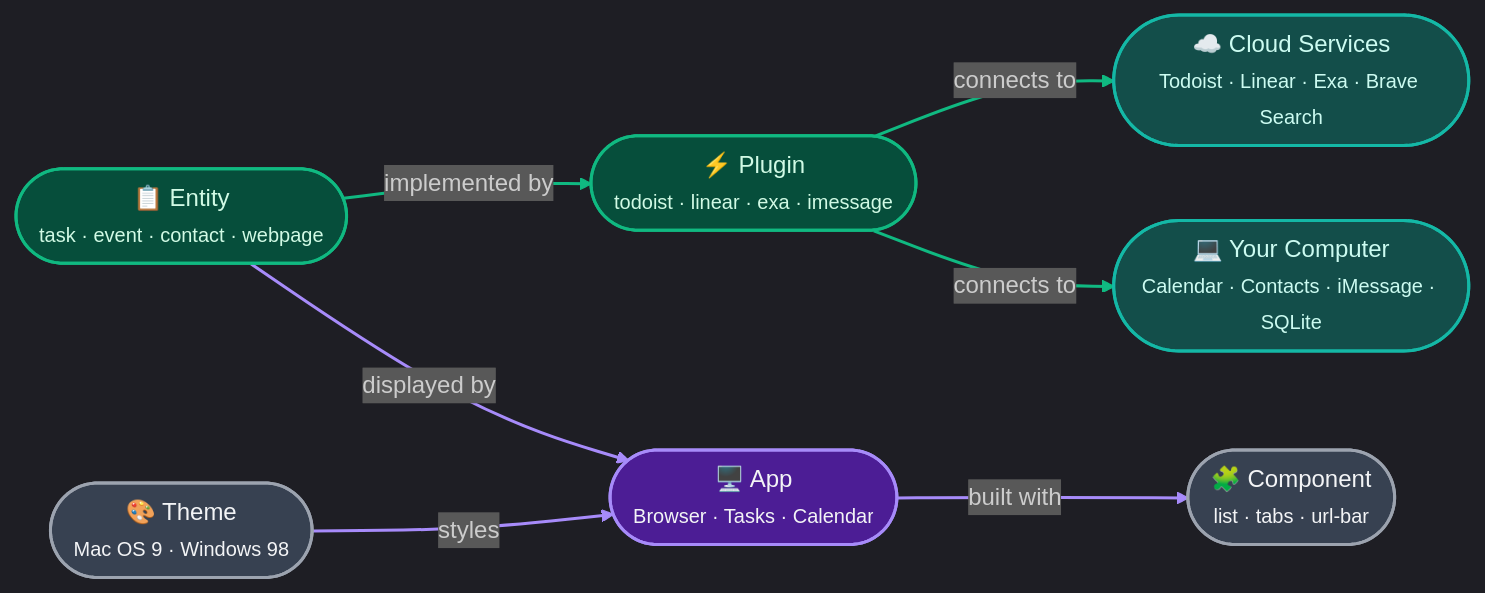
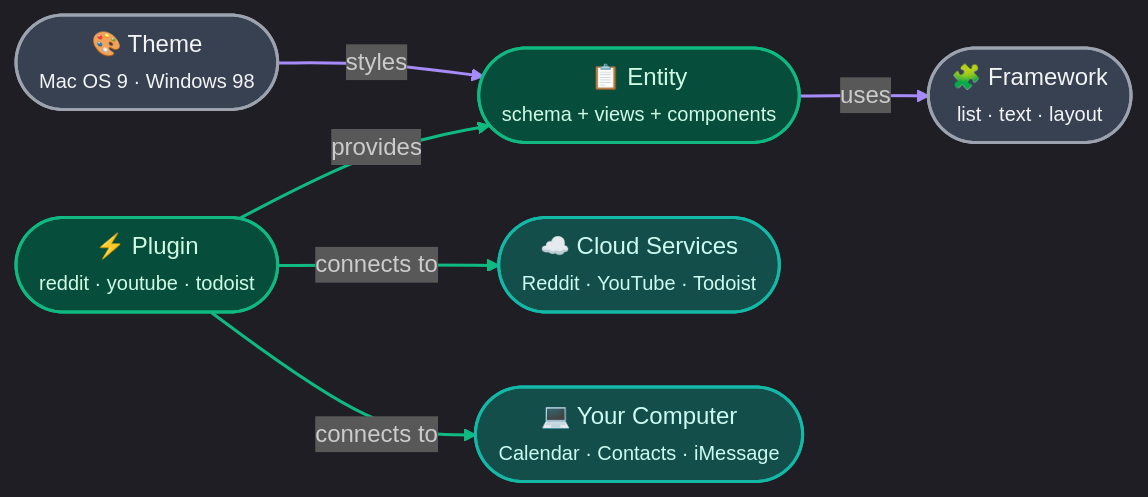
The diagram in README.md (agentos-to/skills), drawn with Mermaid before and after one commit. The commit also changed other lines of this file and 8 other files, not shown here.

First line of the commit message:
feat: Self-contained entity folders with components

````diff
--- a/README.md
+++ b/README.md
@@ -29,29 +29,26 @@
 ```mermaid
 %%{init: {'theme': 'dark', 'themeVariables': { 'fontSize': '16px', 'fontFamily': 'ui-monospace, monospace', 'lineColor': '#6b7280', 'primaryTextColor': '#f3f4f6' }}}%%
 flowchart LR
-    Entity(["📋 Entity<br/><small>task · event · contact · webpage</small>"])
-    Plugin(["⚡ Plugin<br/><small>todoist · linear · exa · imessage</small>"])
-    Cloud(["☁️ Cloud Services<br/><small>Todoist · Linear · Exa · Brave Search</small>"])
-    Local(["💻 Your Computer<br/><small>Calendar · Contacts · iMessage · SQLite</small>"])
-    App(["🖥️ App<br/><small>Browser · Tasks · Calendar</small>"])
-    Component(["🧩 Component<br/><small>list · tabs · url-bar</small>"])
+    Entity(["📋 Entity<br/><small>schema + views + components</small>"])
+    Plugin(["⚡ Plugin<br/><small>reddit · youtube · todoist</small>"])
+    Cloud(["☁️ Cloud Services<br/><small>Reddit · YouTube · Todoist</small>"])
+    Local(["💻 Your Computer<br/><small>Calendar · Contacts · iMessage</small>"])
+    Framework(["🧩 Framework<br/><small>list · text · layout</small>"])
     Theme(["🎨 Theme<br/><small>Mac OS 9 · Windows 98</small>"])
     
-    Entity -->|"implemented by"| Plugin
+    Plugin -->|"provides"| Entity
     Plugin -->|"connects to"| Cloud
     Plugin -->|"connects to"| Local
-    Entity -->|"displayed by"| App
-    App -->|"built with"| Component
-    Theme -->|"styles"| App
+    Entity -->|"uses"| Framework
+    Theme -->|"styles"| Entity
     
     style Entity fill:#064e3b,stroke:#10b981,stroke-width:2px,color:#d1fae5
     style Plugin fill:#064e3b,stroke:#10b981,stroke-width:2px,color:#d1fae5
     style Cloud fill:#134e4a,stroke:#14b8a6,stroke-width:2px,color:#ccfbf1
     style Local fill:#134e4a,stroke:#14b8a6,stroke-width:2px,color:#ccfbf1
-    style App fill:#4c1d95,stroke:#a78bfa,stroke-width:2px,color:#f3f4f6
-    style Component fill:#374151,stroke:#9ca3af,stroke-width:2px,color:#f3f4f6
+    style Framework fill:#374151,stroke:#9ca3af,stroke-width:2px,color:#f3f4f6
     style Theme fill:#374151,stroke:#9ca3af,stroke-width:2px,color:#f3f4f6
     
     linkStyle 0,1,2 stroke:#10b981,stroke-width:2px
-    linkStyle 3,4,5 stroke:#a78bfa,stroke-width:2px
+    linkStyle 3,4 stroke:#a78bfa,stroke-width:2px
 ```
````
